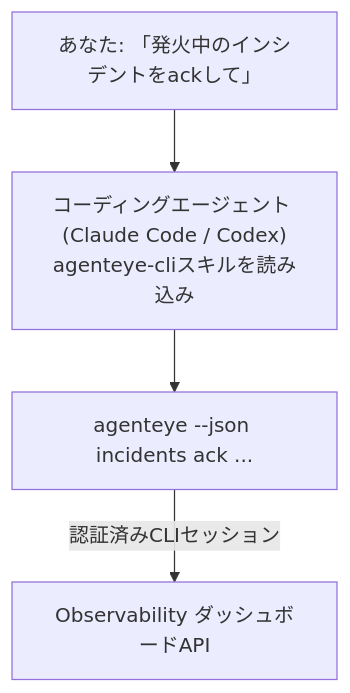
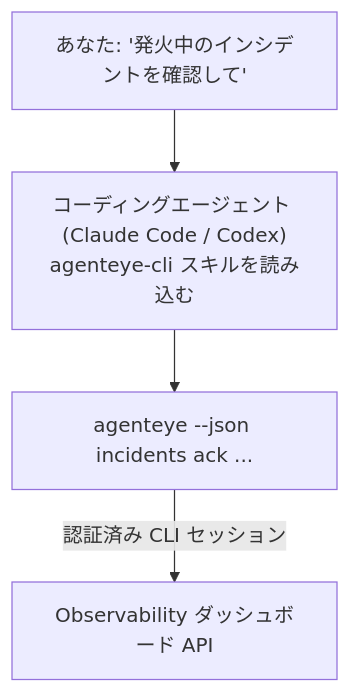
One commit to FailproofAI/failproofai changed the diagram in docs/ja/agenteye/cli-skill.mdx. Above: the diagram before and after it, drawn with Mermaid. The commit also changed other lines of this file and 651 other files, not shown here.

````diff
--- a/docs/ja/agenteye/cli-skill.mdx
+++ b/docs/ja/agenteye/cli-skill.mdx
@@ -28,6 +28,6 @@
 ```mermaid
 flowchart TD
-    YOU["あなた: 「発火中のインシデントをackして」"] --> AGENT["コーディングエージェント (Claude Code / Codex)<br/>agenteye-cliスキルを読み込み"]
+    YOU["あなた: '発火中のインシデントを確認して'"] --> AGENT["コーディングエージェント (Claude Code / Codex)<br/>agenteye-cli スキルを読み込む"]
     AGENT --> CLI["agenteye --json incidents ack ..."]
-    CLI -->|認証済みCLIセッション| API["Observability ダッシュボードAPI"]
+    CLI -->|認証済み CLI セッション| API["Observability ダッシュボード API"]
 ```
````
